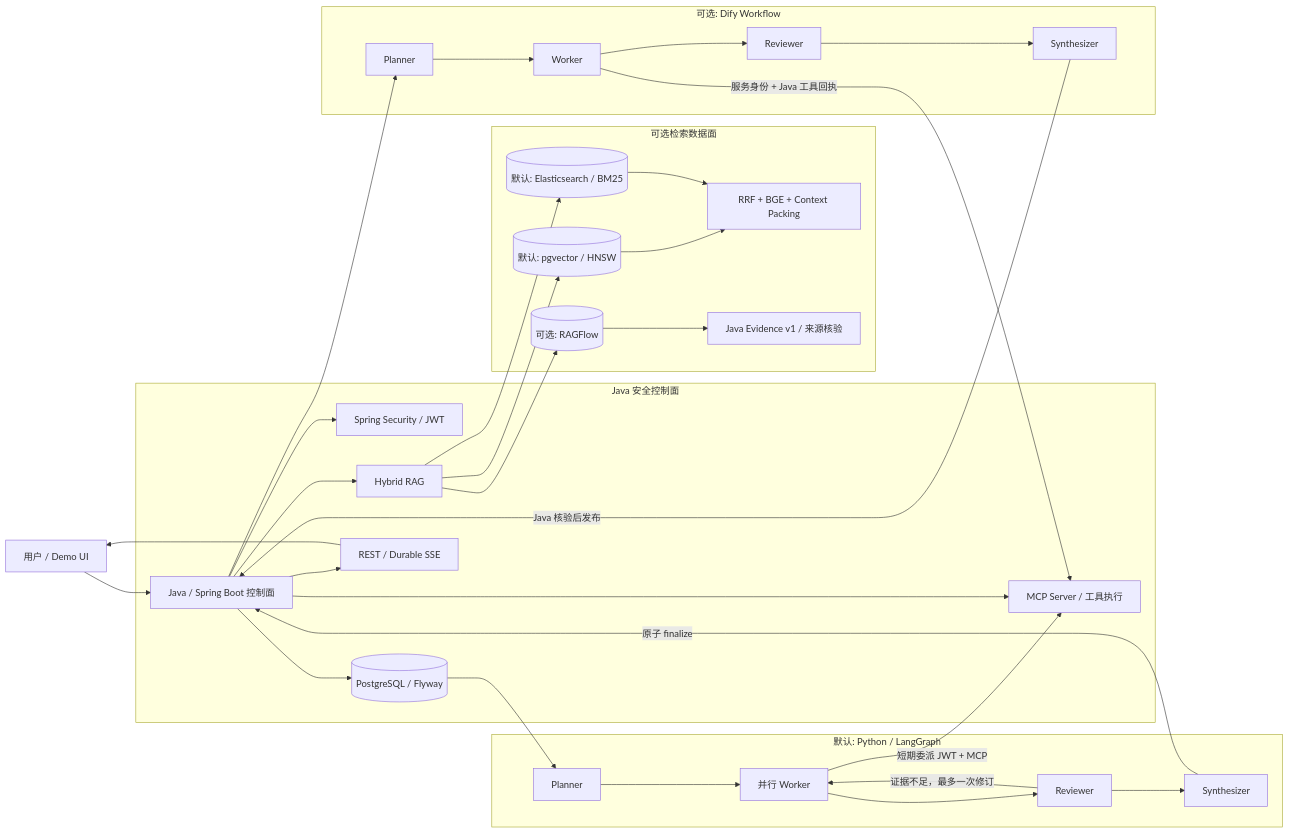
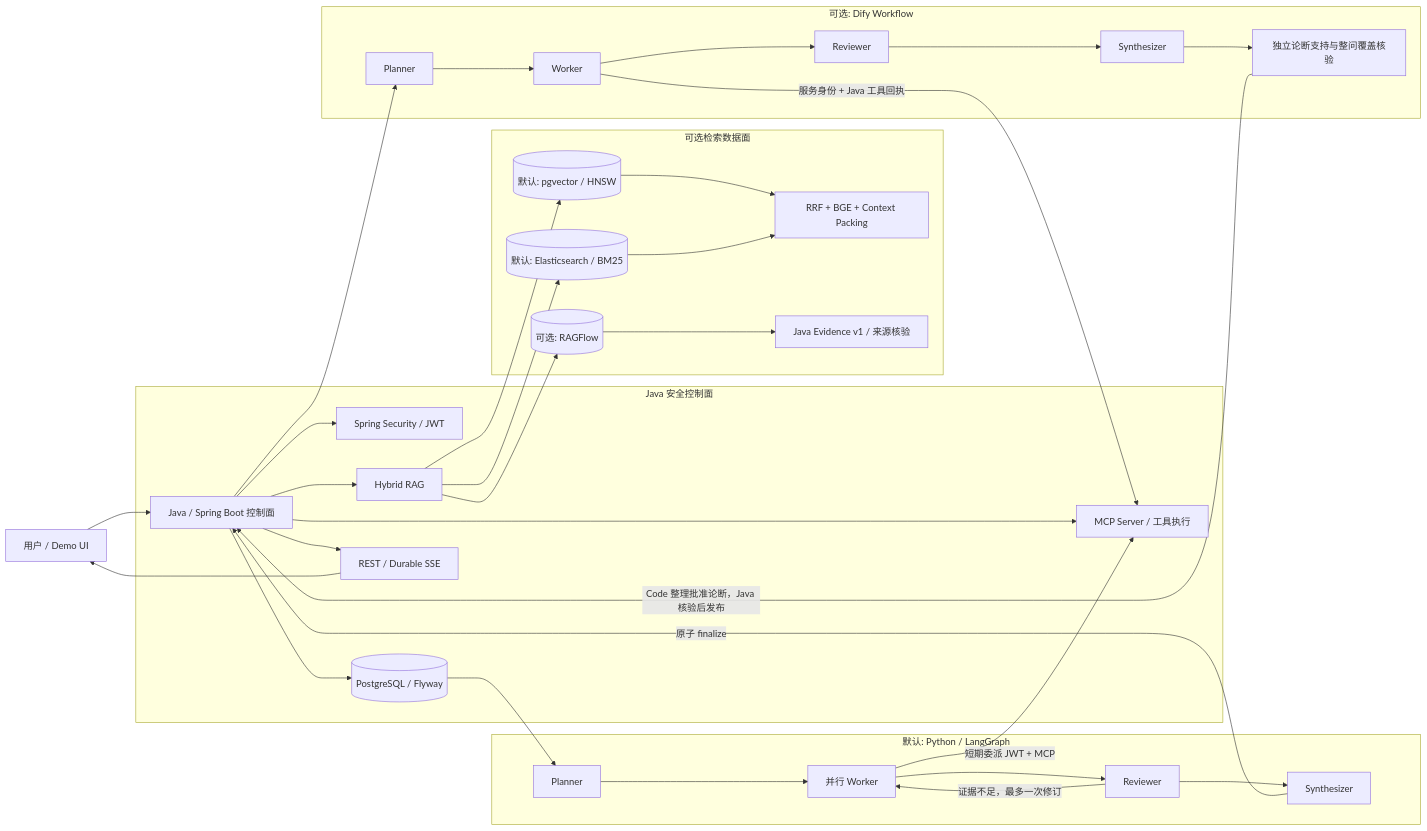
The diagram in README.md (Zwymemory/deepresearch), drawn with Mermaid before and after one commit. The commit also changed other lines of this file and 3 other files, not shown here.

````diff
--- a/README.md
+++ b/README.md
@@ -35,40 +35,40 @@
 ```mermaid
 flowchart LR
     U["用户 / Demo UI"] --> J["Java / Spring Boot 控制面"]
 
     subgraph C["Java 安全控制面"]
         J --> SEC["Spring Security / JWT"]
         J --> DB[("PostgreSQL / Flyway")]
         J --> RAG["Hybrid RAG"]
         J --> MCP["MCP Server / 工具执行"]
         J --> SSE["REST / Durable SSE"]
     end
 
     subgraph D["可选检索数据面"]
         RAG --> V[("默认: pgvector / HNSW")]
         RAG --> ES[("默认: Elasticsearch / BM25")]
         RAG --> RF[("可选: RAGFlow")]
         V --> RRF["RRF + BGE + Context Packing"]
         ES --> RRF
         RF --> EV["Java Evidence v1 / 来源核验"]
     end
 
     subgraph E["默认: Python / LangGraph"]
         P["Planner"] --> W["并行 Worker"]
         W --> R["Reviewer"]
         R -->|"证据不足，最多一次修订"| W
         R --> S["Synthesizer"]
     end
 
     subgraph F["可选: Dify Workflow"]
-        DP["Planner"] --> DW["Worker"] --> DR["Reviewer"] --> DS["Synthesizer"]
+        DP["Planner"] --> DW["Worker"] --> DR["Reviewer"] --> DS["Synthesizer"] --> DC["独立论断支持与整问覆盖核验"]
     end
 
     DB --> P
     J --> DP
     W -->|"短期委派 JWT + MCP"| MCP
     DW -->|"服务身份 + Java 工具回执"| MCP
     S -->|"原子 finalize"| J
-    DS -->|"Java 核验后发布"| J
+    DC -->|"Code 整理批准论断，Java 核验后发布"| J
     SSE --> U
 ```
````
